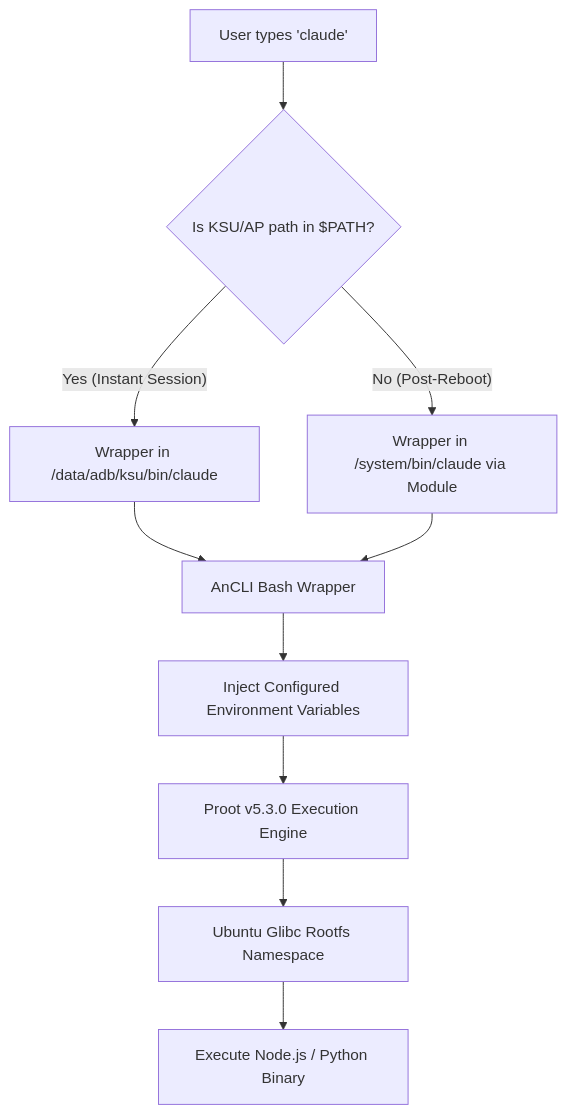
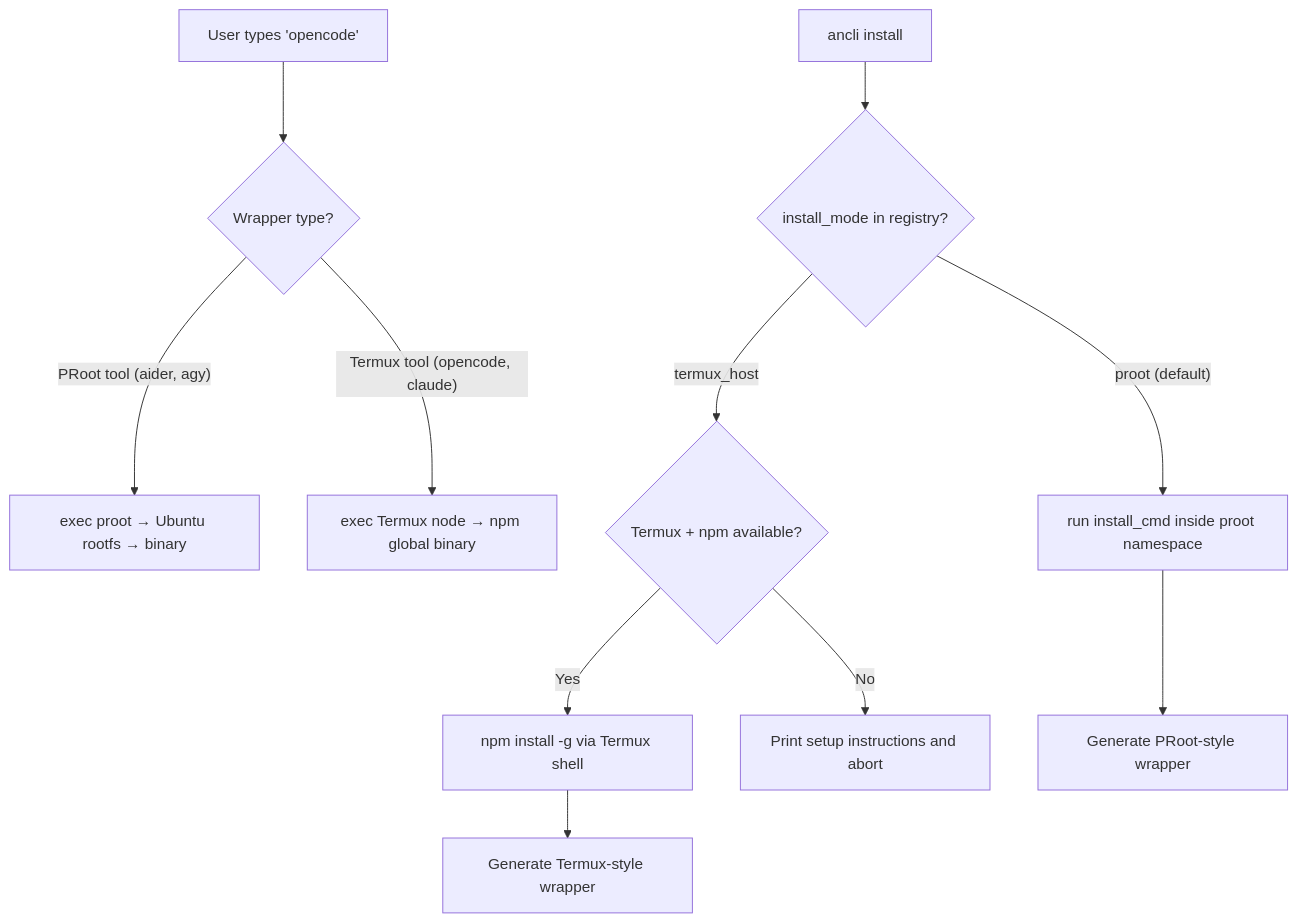
One commit to AHLLX/AnCLI-Android changed the diagram in ARCHITECTURE.md. Above: the diagram before and after it, drawn with Mermaid. The commit also changed other lines of this file and 9 other files, not shown here.

First line of the commit message:
fix: npm proot compatibility via --prefix/--cache/--unsafe-perm workaround

````diff
--- a/ARCHITECTURE.md
+++ b/ARCHITECTURE.md
@@ -132,12 +56,14 @@
 ```mermaid
 graph TD
-    A["User types 'claude'"] --> B{"Is KSU/AP path in $PATH?"}
-    B -- "Yes (Instant Session)" --> C["Wrapper in /data/adb/ksu/bin/claude"]
-    B -- "No (Post-Reboot)" --> D["Wrapper in /system/bin/claude via Module"]
-    C --> E["AnCLI Bash Wrapper"]
-    D --> E
-    E --> F["Inject Configured Environment Variables"]
-    F --> G["Proot v5.3.0 Execution Engine"]
-    G --> H["Ubuntu Glibc Rootfs Namespace"]
-    H --> I["Execute Node.js / Python Binary"]
+    A["User types 'opencode'"] --> B{"Wrapper type?"}
+    B -- "PRoot tool (aider, agy)" --> C["exec proot → Ubuntu rootfs → binary"]
+    B -- "Termux tool (opencode, claude)" --> D["exec Termux node → npm global binary"]
+
+    E["ancli install <app_id>"] --> F{"install_mode in registry?"}
+    F -- "proot (default)" --> G["run install_cmd inside proot namespace"]
+    F -- "termux_host" --> H{"Termux + npm available?"}
+    H -- "Yes" --> I["npm install -g via Termux shell"]
+    H -- "No" --> J["Print setup instructions and abort"]
+    I --> K["Generate Termux-style wrapper"]
+    G --> L["Generate PRoot-style wrapper"]
 ```
````
